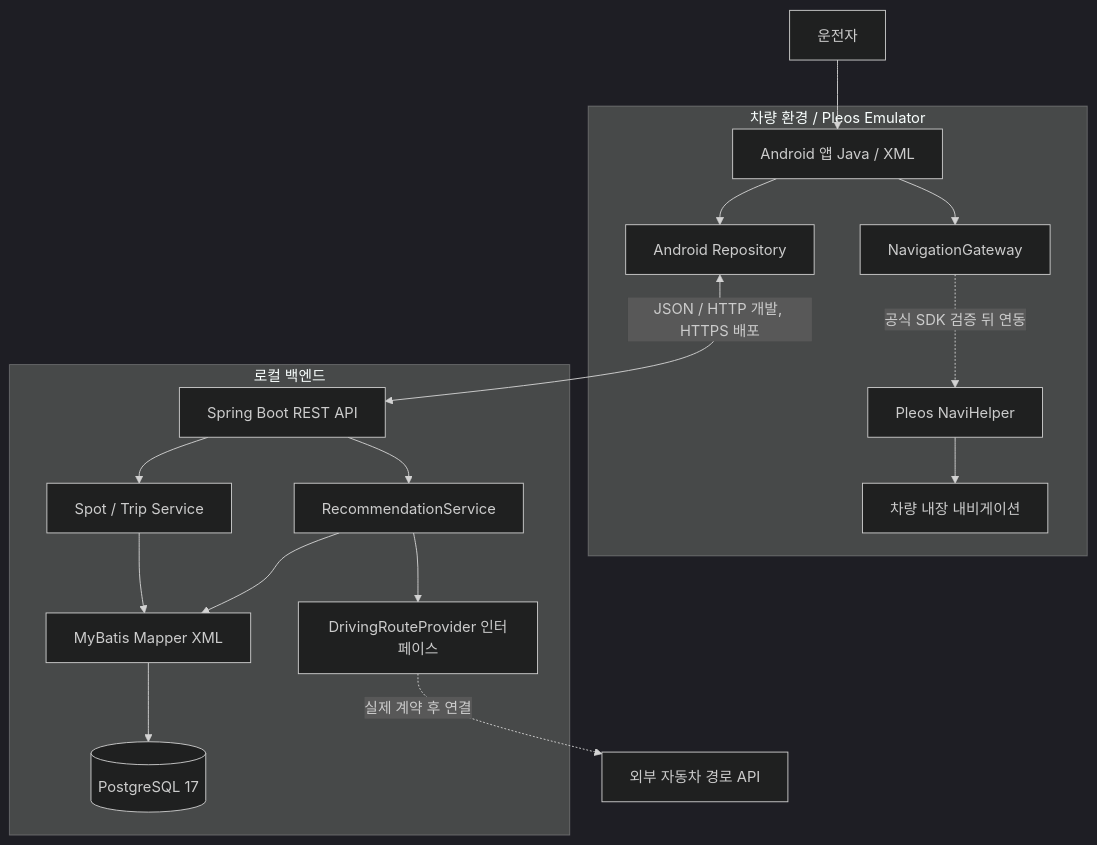
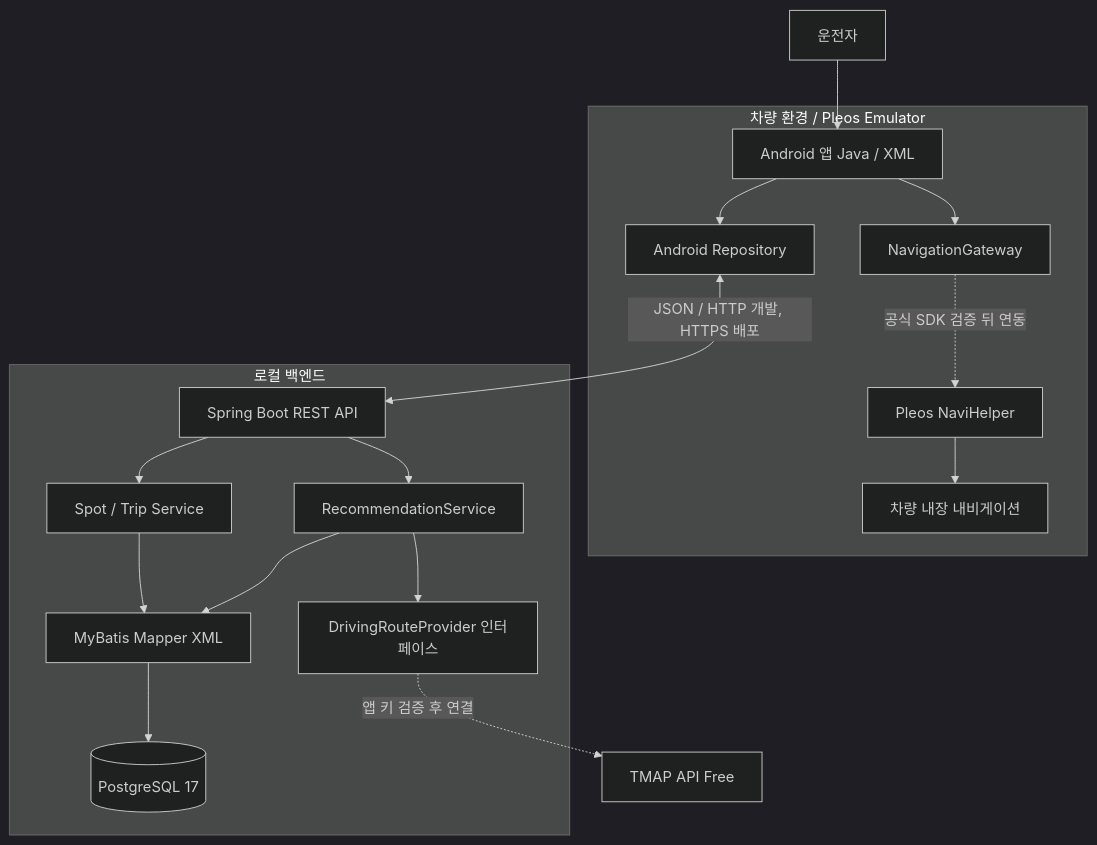
Before and after one commit to kiy3035/just-go: the diagram in docs/architecture.md, drawn with Mermaid (dark theme). The commit also changed other lines of this file and 21 other files, not shown here.

````diff
--- a/docs/architecture.md
+++ b/docs/architecture.md
@@ -16,20 +16,20 @@
 ```mermaid
 flowchart TB
     U[운전자] --> UI[Android 앱 Java / XML]
     subgraph Pleos[차량 환경 / Pleos Emulator]
       UI --> Repo[Android Repository]
       UI --> NaviGateway[NavigationGateway]
       NaviGateway -. 공식 SDK 검증 뒤 연동 .-> NaviHelper[Pleos NaviHelper]
       NaviHelper --> CarNav[차량 내장 내비게이션]
     end
     Repo <-->|JSON / HTTP 개발, HTTPS 배포| Api[Spring Boot REST API]
     subgraph Local[로컬 백엔드]
       Api --> Recommendation[RecommendationService]
       Api --> Other[Spot / Trip Service]
       Recommendation --> Mapper[MyBatis Mapper XML]
       Other --> Mapper
       Mapper --> DB[(PostgreSQL 17)]
       Recommendation --> RouteProvider[DrivingRouteProvider 인터페이스]
     end
-    RouteProvider -. 실제 계약 후 연결 .-> MapAPI[외부 자동차 경로 API]
+    RouteProvider -. 앱 키 검증 후 연결 .-> MapAPI[TMAP API Free]
 ```
````
